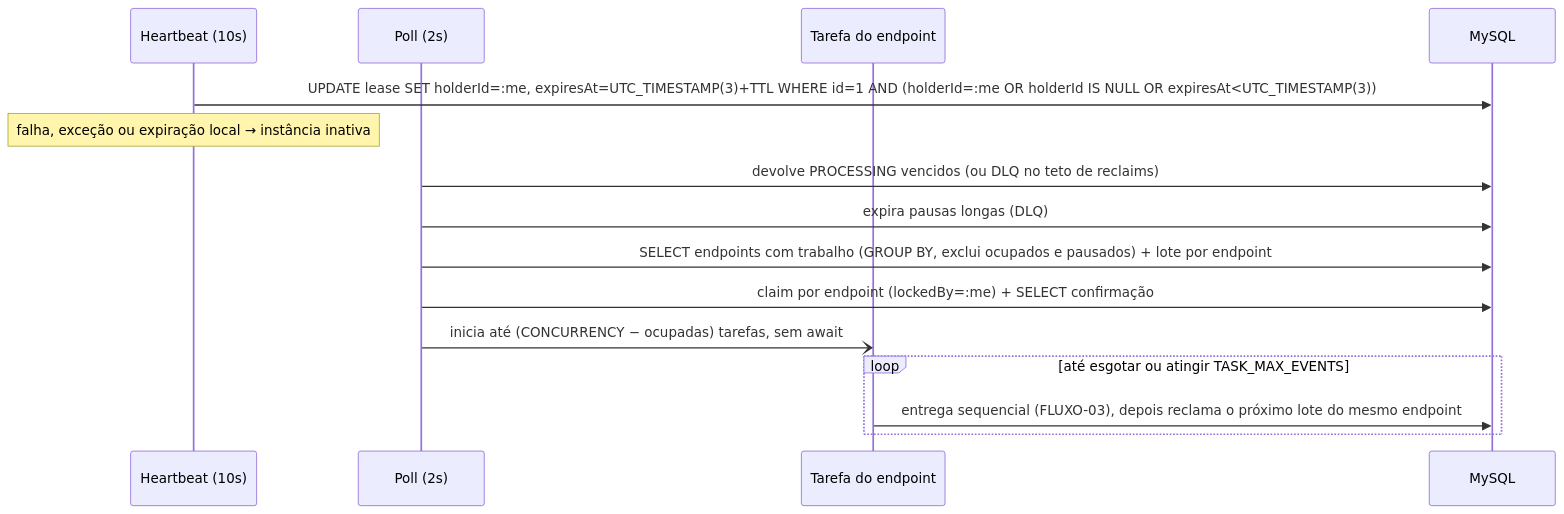
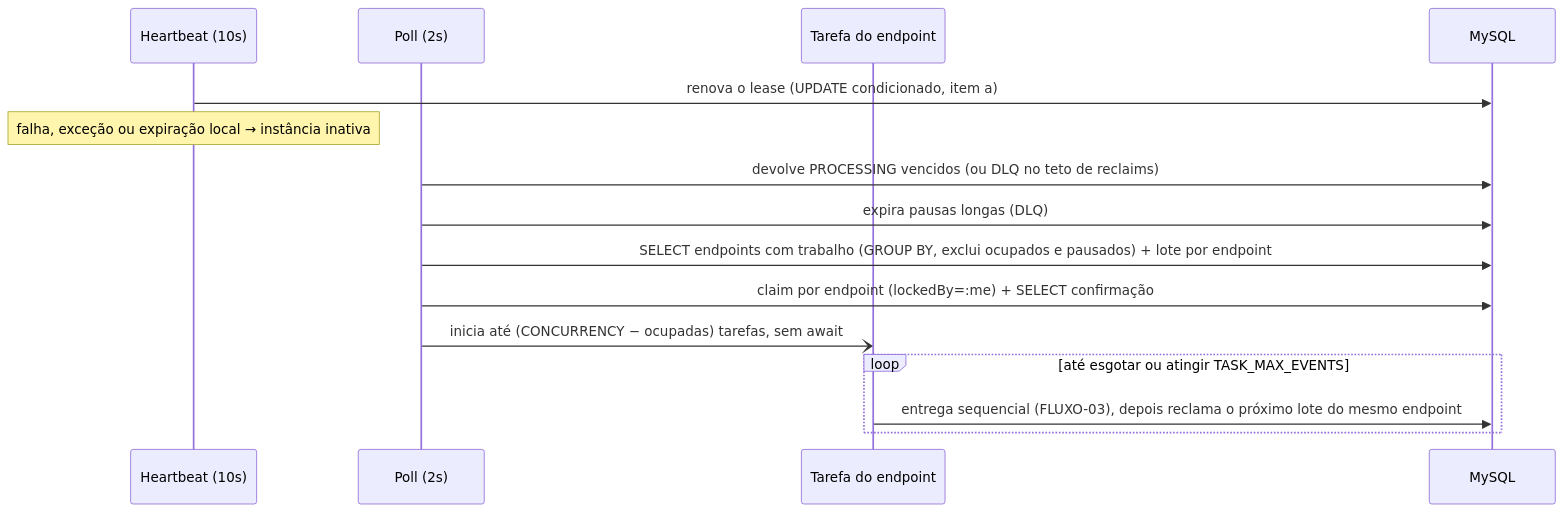
Before and after one commit to jeancsbnu/mba-ia-desafio-design-docs-com-ia: the second of 4 diagrams in docs/FDD.md, drawn with Mermaid. The commit also changed other lines of this file and 16 other files, not shown here.

````diff
--- a/docs/FDD.md
+++ b/docs/FDD.md
@@ -295,17 +311,17 @@
 ```mermaid
 sequenceDiagram
   participant H as Heartbeat (10s)
   participant P as Poll (2s)
   participant T as Tarefa do endpoint
   participant DB as MySQL
-  H->>DB: UPDATE lease SET holderId=:me, expiresAt=UTC_TIMESTAMP(3)+TTL WHERE id=1 AND (holderId=:me OR holderId IS NULL OR expiresAt<UTC_TIMESTAMP(3))
+  H->>DB: renova o lease (UPDATE condicionado, item a)
   Note over H: falha, exceção ou expiração local → instância inativa
   P->>DB: devolve PROCESSING vencidos (ou DLQ no teto de reclaims)
   P->>DB: expira pausas longas (DLQ)
   P->>DB: SELECT endpoints com trabalho (GROUP BY, exclui ocupados e pausados) + lote por endpoint
   P->>DB: claim por endpoint (lockedBy=:me) + SELECT confirmação
   P-)T: inicia até (CONCURRENCY − ocupadas) tarefas, sem await
   loop até esgotar ou atingir TASK_MAX_EVENTS
     T->>DB: entrega sequencial (FLUXO-03), depois reclama o próximo lote do mesmo endpoint
   end
 ```
````
